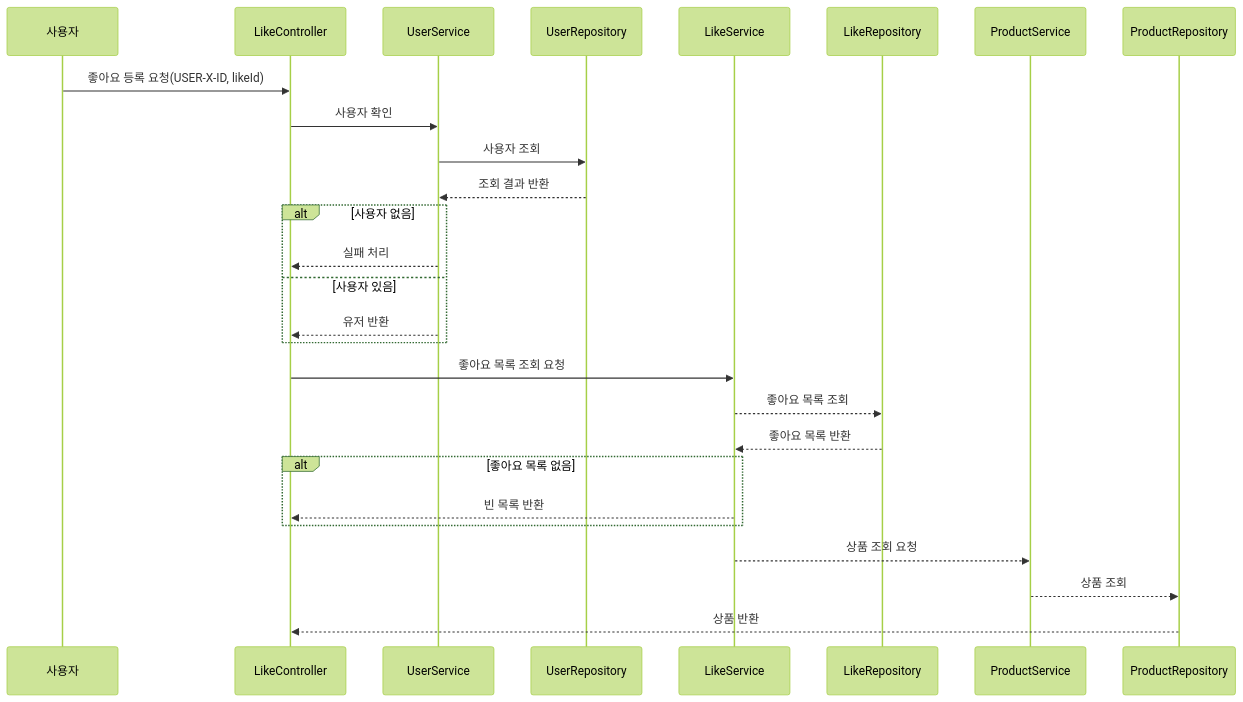
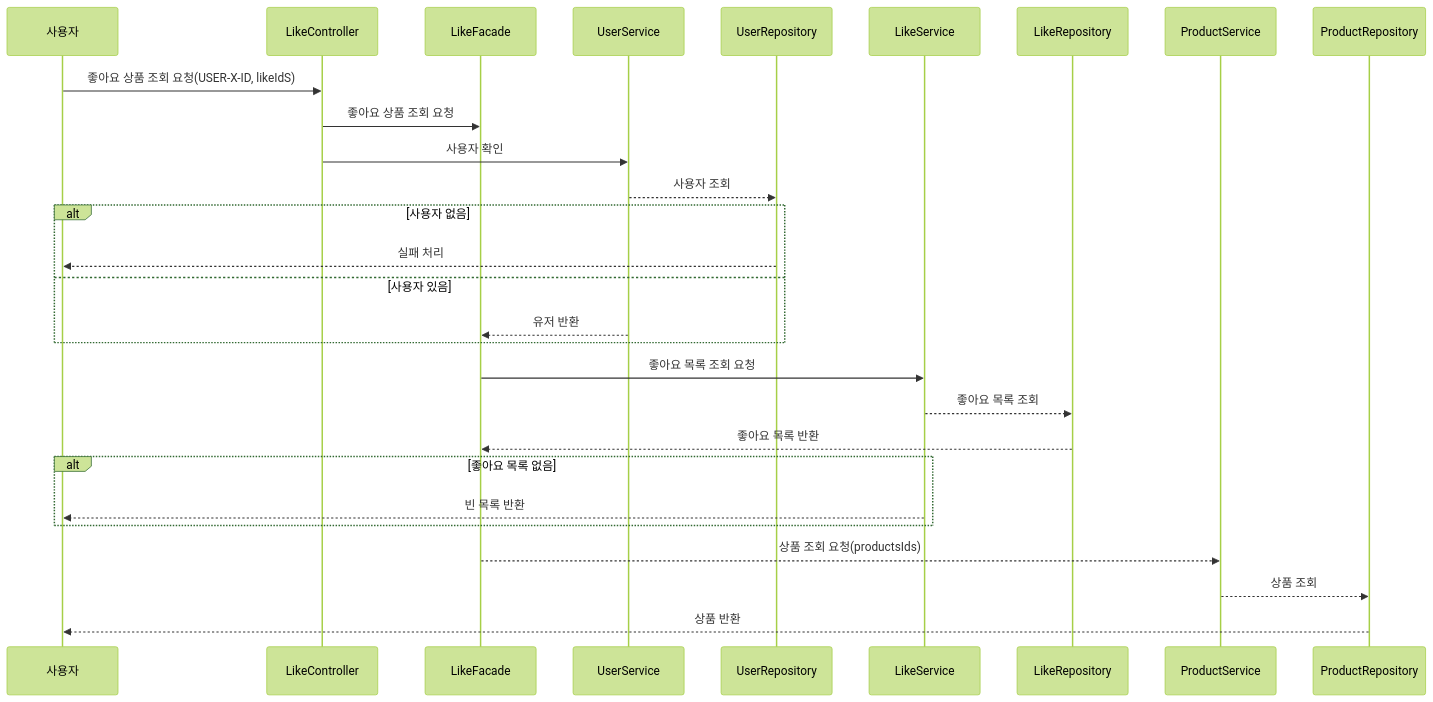
Before and after one commit to donghyeon3813/vibe-commerce: the sixth of 7 diagrams in .docs/02-sequence-diagrams.md, drawn with Mermaid (forest theme). The commit also changed other lines of this file, not shown here.

Commit message:
fix : sequence-diagrams 수정

````diff
--- a/.docs/02-sequence-diagrams.md
+++ b/.docs/02-sequence-diagrams.md
@@ -174,31 +170,33 @@
 ```mermaid
 sequenceDiagram
     participant 사용자
     participant LC as LikeController
+    participant LF as LikeFacade
     participant US as UserService
     participant UR as UserRepository
     participant LS as LikeService
     participant LR as LikeRepository
     participant PS as ProductService
     participant PR as ProductRepository
     
 
-    사용자 ->> LC: 좋아요 등록 요청(USER-X-ID, likeId)
+    사용자 ->> LC: 좋아요 상품 조회 요청(USER-X-ID, likeIdS)
+    LC ->> LF: 좋아요 상품 조회 요청
     LC ->> US: 사용자 확인
-    US ->> UR: 사용자 조회
-    UR -->> US: 조회 결과 반환
+    US -->> UR: 사용자 조회
     alt 사용자 없음
-        US -->> LC: 실패 처리
+        UR -->> 사용자: 실패 처리
     else 사용자 있음
-        US -->> LC: 유저 반환
+        US -->> LF: 유저 반환
     end
-    LC ->> LS: 좋아요 목록 조회 요청
+    LF ->> LS: 좋아요 목록 조회 요청
     LS -->> LR: 좋아요 목록 조회
-    LR -->> LS: 좋아요 목록 반환
+    LR -->> LF: 좋아요 목록 반환
     alt 좋아요 목록 없음
-        LS -->> LC: 빈 목록 반환
+        LS -->> 사용자: 빈 목록 반환
     end
-    LS -->> PS: 상품 조회 요청
+    LF -->> PS: 상품 조회 요청(productsIds)
     PS -->> PR: 상품 조회
-    PR -->> LC: 상품 반환
+    PR -->> 사용자: 상품 반환
+    
 ```
````
